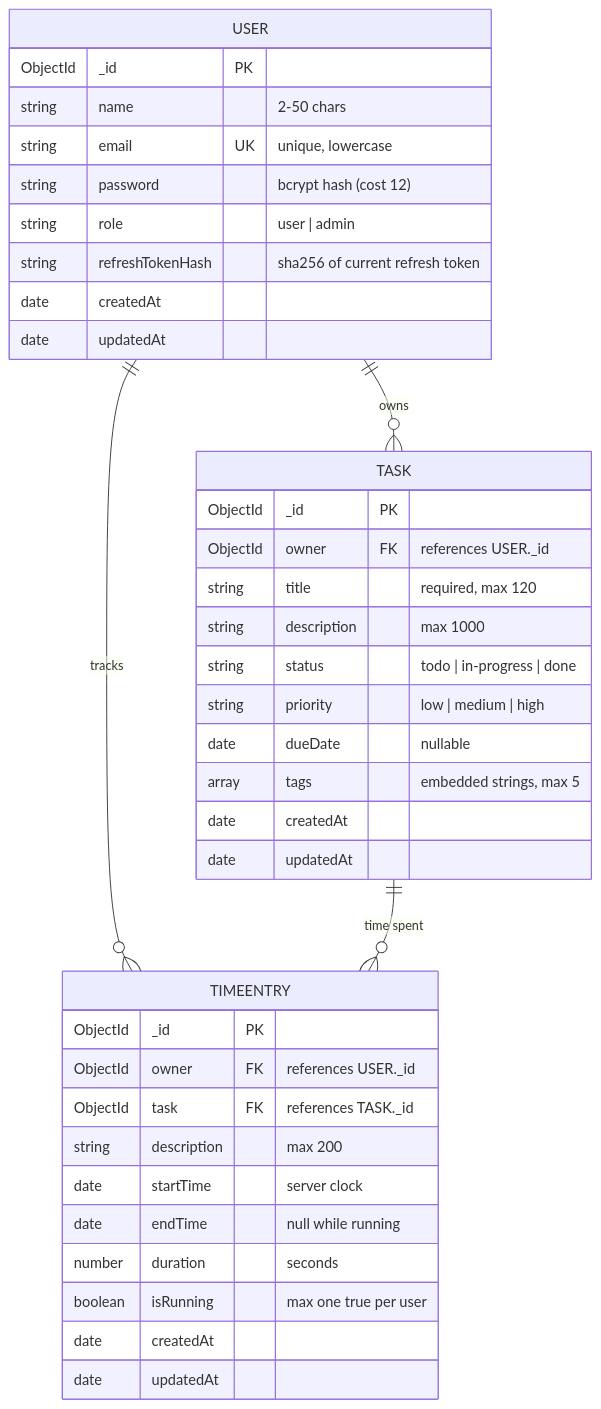
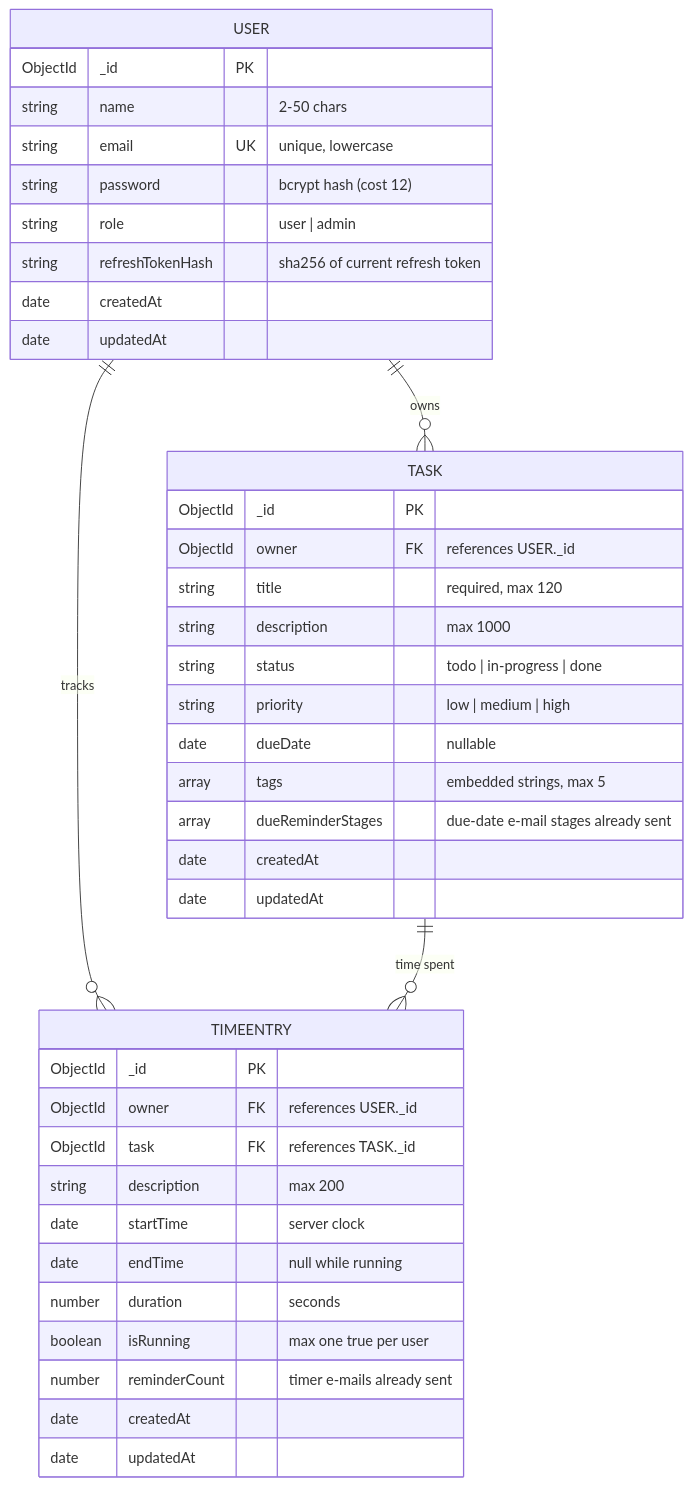
One commit to KiroMorcos/CognoRise-InfoTech-Internship changed the diagram in Task3-Task-Manager-App/docs/erd.mmd. Above: the diagram before and after it, drawn with Mermaid. The commit also changed 19 other files, not shown here.

Commit message:
Implement Mail Notifing System for incoming due dates and timer

```diff
--- a/Task3-Task-Manager-App/docs/erd.mmd
+++ b/Task3-Task-Manager-App/docs/erd.mmd
@@ -1,41 +1,43 @@
 erDiagram
     USER ||--o{ TASK : owns
     USER ||--o{ TIMEENTRY : tracks
     TASK ||--o{ TIMEENTRY : "time spent"
 
     USER {
         ObjectId _id PK
         string name "2-50 chars"
         string email UK "unique, lowercase"
         string password "bcrypt hash (cost 12)"
         string role "user | admin"
         string refreshTokenHash "sha256 of current refresh token"
         date createdAt
         date updatedAt
     }
 
     TASK {
         ObjectId _id PK
         ObjectId owner FK "references USER._id"
         string title "required, max 120"
         string description "max 1000"
         string status "todo | in-progress | done"
         string priority "low | medium | high"
         date dueDate "nullable"
         array tags "embedded strings, max 5"
+        array dueReminderStages "due-date e-mail stages already sent"
         date createdAt
         date updatedAt
     }
 
     TIMEENTRY {
         ObjectId _id PK
         ObjectId owner FK "references USER._id"
         ObjectId task FK "references TASK._id"
         string description "max 200"
         date startTime "server clock"
         date endTime "null while running"
         number duration "seconds"
         boolean isRunning "max one true per user"
+        number reminderCount "timer e-mails already sent"
         date createdAt
         date updatedAt
     }
```
